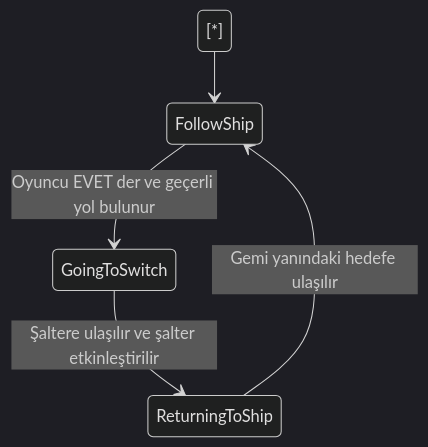
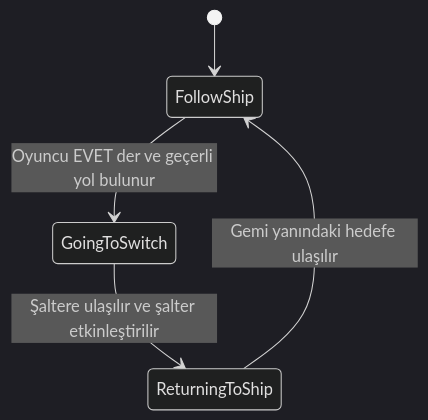
Before and after one commit to icanKuleli61/yaz_lab_unity_gelistirme_1: the first of 3 diagrams in README.md, drawn with Mermaid (dark theme). The commit also changed other lines of this file, not shown here.

````diff
--- a/README.md
+++ b/README.md
@@ -281,13 +250,13 @@
 ```mermaid
 
 stateDiagram-v2
 
-    [\*] --> FollowShip
+    [*] --> FollowShip
 
     FollowShip --> GoingToSwitch: Oyuncu EVET der ve geçerli yol bulunur
 
     GoingToSwitch --> ReturningToShip: Şaltere ulaşılır ve şalter etkinleştirilir
 
     ReturningToShip --> FollowShip: Gemi yanındaki hedefe ulaşılır
 
 ```
````
